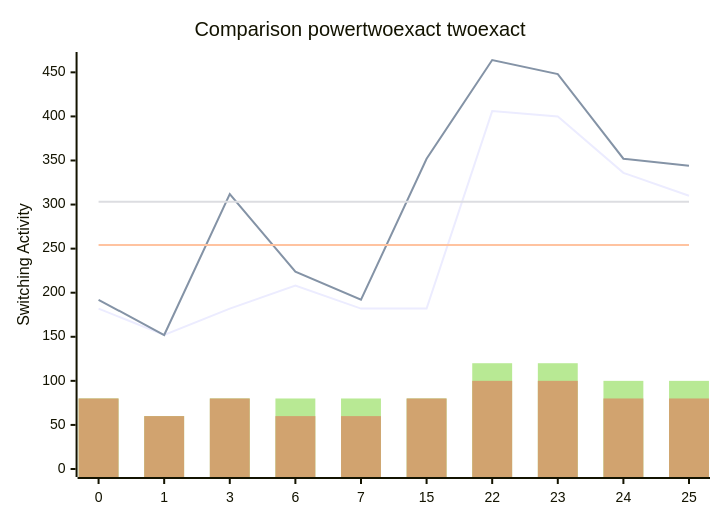
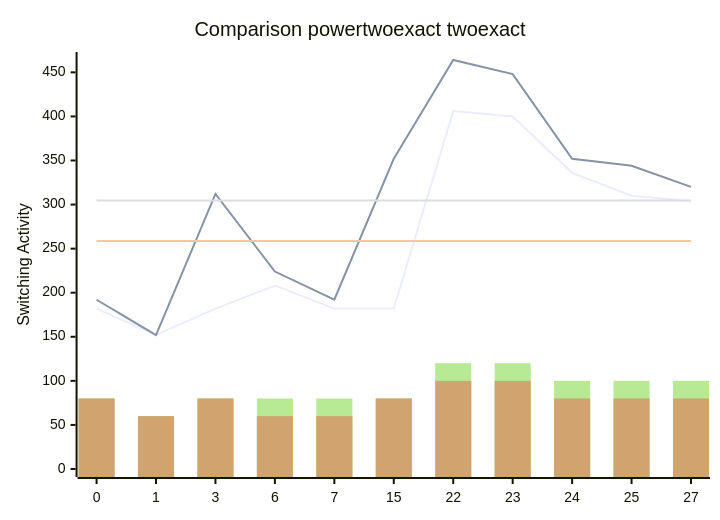
One commit to FeldmeierMichael/Exact-Power-Synthesis changed the diagram in benchmark_opt.md. Above: the diagram before and after it, drawn with Mermaid. The commit also changed other lines of this file, not shown here.

````diff
--- a/benchmark_opt.md
+++ b/benchmark_opt.md
@@ -25,12 +27,12 @@
 ```mermaid
 xychart-beta
     title "Comparison powertwoexact twoexact"
-    x-axis [0, 1, 3, 6, 7, 15, 22, 23, 24, 25]
+    x-axis [0, 1, 3, 6, 7, 15, 22, 23, 24, 25, 27]
     y-axis "Switching Activity" 0-->464
-    line [182, 152, 182, 208, 182, 182, 406, 400, 336, 310]
-    line [192, 152, 312, 224, 192, 352, 464, 448, 352, 344]
-    line [254.0, 254.0, 254.0, 254.0, 254.0, 254.0, 254.0, 254.0, 254.0, 254.0]
-    line [303.2, 303.2, 303.2, 303.2, 303.2, 303.2, 303.2, 303.2, 303.2, 303.2]
-    bar [80, 60, 80, 80, 80, 80, 120, 120, 100, 100]
-    bar [80, 60, 80, 60, 60, 80, 100, 100, 80, 80]
+    line [182, 152, 182, 208, 182, 182, 406, 400, 336, 310, 304]
+    line [192, 152, 312, 224, 192, 352, 464, 448, 352, 344, 320]
+    line [258.54545454545456, 258.54545454545456, 258.54545454545456, 258.54545454545456, 258.54545454545456, 258.54545454545456, 258.54545454545456, 258.54545454545456, 258.54545454545456, 258.54545454545456, 258.54545454545456]
+    line [304.72727272727275, 304.72727272727275, 304.72727272727275, 304.72727272727275, 304.72727272727275, 304.72727272727275, 304.72727272727275, 304.72727272727275, 304.72727272727275, 304.72727272727275, 304.72727272727275]
+    bar [80, 60, 80, 80, 80, 80, 120, 120, 100, 100, 100]
+    bar [80, 60, 80, 60, 60, 80, 100, 100, 80, 80, 80]
 ```
````
